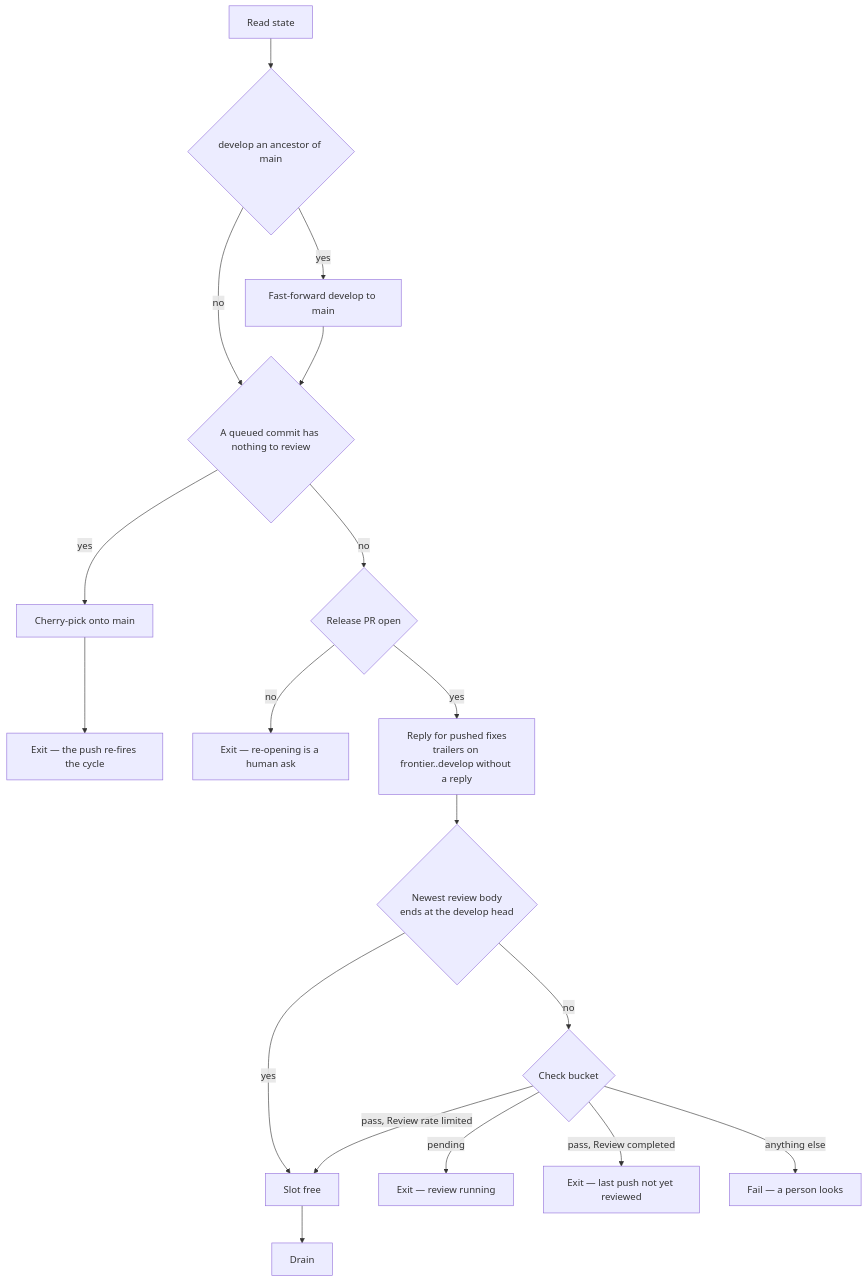
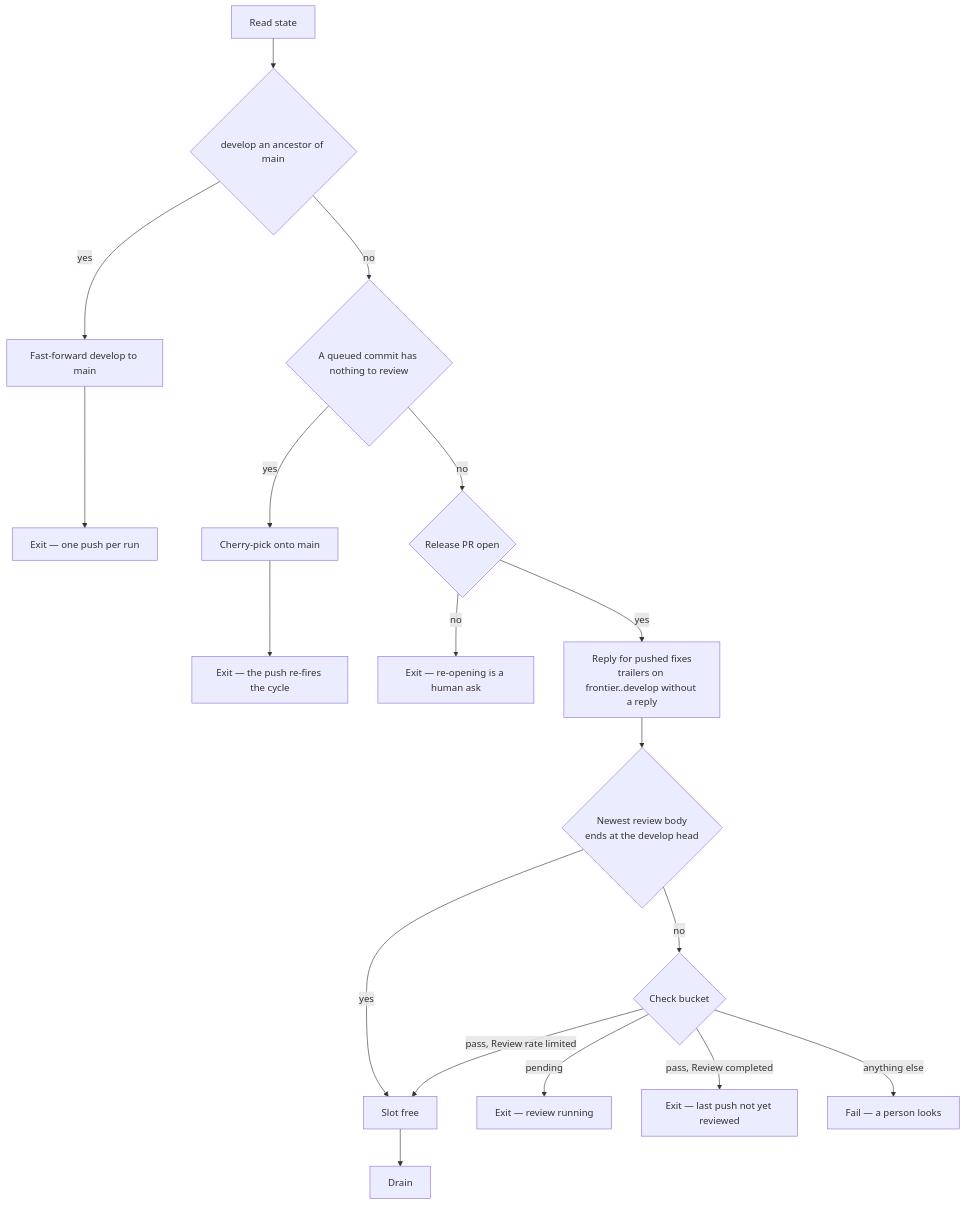
The first of 2 diagrams in apps/web/content/docs/infra/review-collector/collection-cycle.md (Esposter/Esposter), drawn with Mermaid before and after one commit. The commit also changed other lines of this file and 5 other files, not shown here.

First line of the commit message:
fix(scripts): the return stroke is the run's one push

````diff
--- a/apps/web/content/docs/infra/review-collector/collection-cycle.md
+++ b/apps/web/content/docs/infra/review-collector/collection-cycle.md
@@ -39,19 +39,18 @@
 ```mermaid
 flowchart TD
   S[Read state] --> RS{develop an ancestor of main}
-  RS -->|yes| FF[Fast-forward develop to main]
-  RS -->|no| EL
-  FF --> EL{A queued commit has nothing to review}
+  RS -->|yes| FF[Fast-forward develop to main] --> X5[Exit — one push per run]
+  RS -->|no| EL{A queued commit has nothing to review}
   EL -->|yes| CP[Cherry-pick onto main] --> X3[Exit — the push re-fires the cycle]
   EL -->|no| PR{Release PR open}
   PR -->|no| X0[Exit — re-opening is a human ask]
   PR -->|yes| RP[Reply for pushed fixes<br/>trailers on frontier..develop without a reply]
   RP --> B{Newest review body<br/>ends at the develop head}
   B -->|yes| OK[Slot free]
   B -->|no| ST{Check bucket}
   ST -->|pending| X1[Exit — review running]
   ST -->|pass, Review completed| X2[Exit — last push not yet reviewed]
   ST -->|pass, Review rate limited| OK
   ST -->|anything else| X4[Fail — a person looks]
   OK --> D[Drain]
 ```
````
